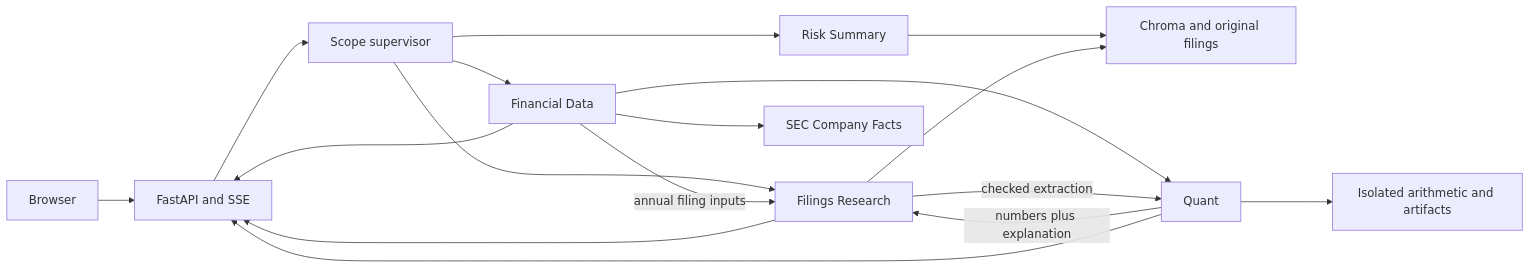
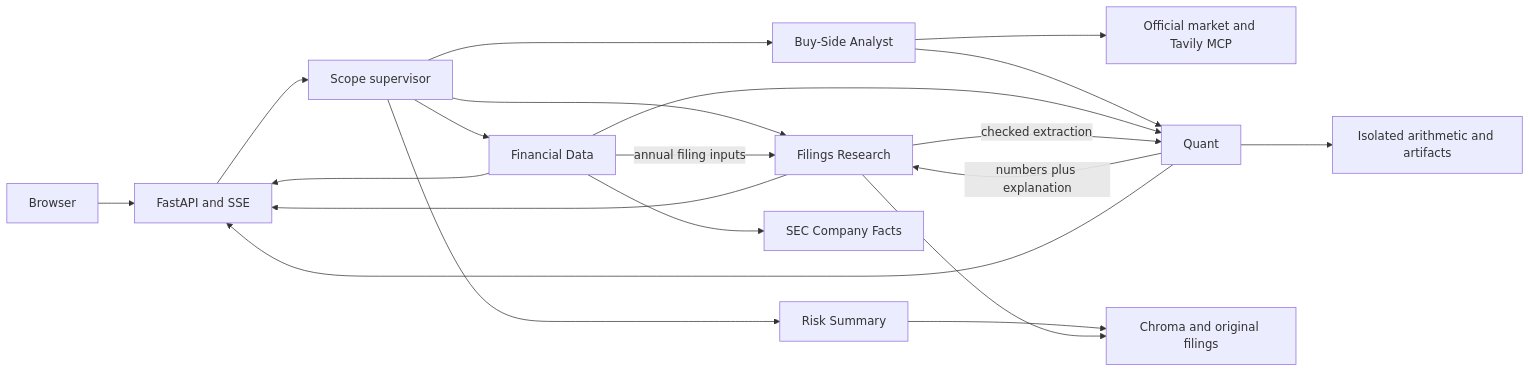
Before and after one commit to waderylan/quant-agent-orchestration: the diagram in docs/architecture.md, drawn with Mermaid. The commit also changed other lines of this file and 32 other files, not shown here.

First line of the commit message:
Add official market MCP analyst and checked valuation scenarios

````diff
--- a/docs/architecture.md
+++ b/docs/architecture.md
@@ -5,19 +5,22 @@
 ```mermaid
 flowchart LR
   UI[Browser] --> API[FastAPI and SSE]
   API --> S[Scope supervisor]
   S --> R[Filings Research]
   S --> D[Financial Data]
   S --> RS[Risk Summary]
+  S --> B[Buy-Side Analyst]
+  B --> MCP[Official market and Tavily MCP]
+  B --> Q
   RS --> V
   D --> Q[Quant]
   D -->|annual filing inputs| R
   R -->|checked extraction| Q
   Q -->|numbers plus explanation| R
   R --> V[Chroma and original filings]
   D --> F[SEC Company Facts]
   Q --> A[Isolated arithmetic and artifacts]
   R --> API
   D --> API
   Q --> API
 ```
````
